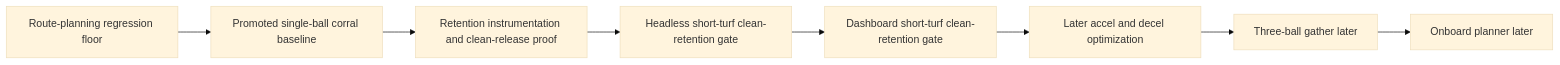
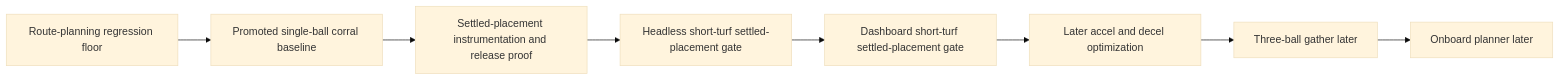
Before and after one commit to fsmalkin/chasebot: the diagram in docs/LLM_BROWSER_UAT_PLAN.md, drawn with Mermaid (base theme). The commit also changed other lines of this file and 9 other files, not shown here.

Commit message:
checkpoint: switch corral proof to settled placement

````diff
--- a/docs/LLM_BROWSER_UAT_PLAN.md
+++ b/docs/LLM_BROWSER_UAT_PLAN.md
@@ -361,10 +361,10 @@
 ```mermaid
 flowchart LR
     A[Route-planning regression floor] --> B[Promoted single-ball corral baseline]
-    B --> C[Retention instrumentation and clean-release proof]
-    C --> D[Headless short-turf clean-retention gate]
-    D --> E[Dashboard short-turf clean-retention gate]
+    B --> C[Settled-placement instrumentation and release proof]
+    C --> D[Headless short-turf settled-placement gate]
+    D --> E[Dashboard short-turf settled-placement gate]
     E --> F[Later accel and decel optimization]
     F --> G[Three-ball gather later]
     G --> H[Onboard planner later]
 ```
````
